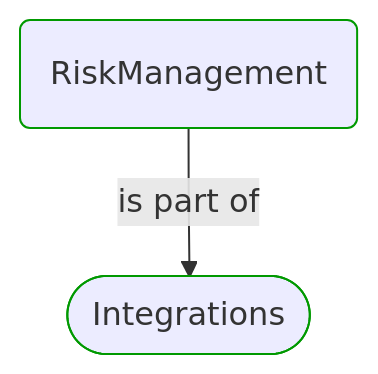
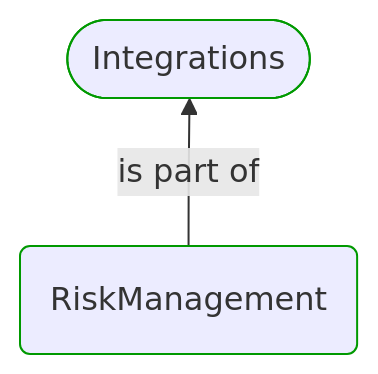
Before and after one commit to itlibrium/DDD-starter-dotnet: the first of 4 diagrams in Docs/P3/MermaidOutput/Modules/Sales/Integrations/RiskManagement/RiskManagement.md, drawn with Mermaid. The commit also changed other lines of this file and 174 other files, not shown here.

````diff
--- a/Docs/P3/MermaidOutput/Modules/Sales/Integrations/RiskManagement/RiskManagement.md
+++ b/Docs/P3/MermaidOutput/Modules/Sales/Integrations/RiskManagement/RiskManagement.md
@@ -20,11 +20,14 @@
 ```mermaid
   flowchart TB
-    0(RiskManagement)
+    0([Integrations])
     class 0 DomainPerspective
-    1([Integrations])
+    1(RiskManagement)
     class 1 DomainPerspective
-    0-->|is part of|1
+    0---1
+    1-->|is part of|0
+    1---0
+    linkStyle 0,2 stroke:none
     classDef DomainPerspective stroke:#009900
     classDef TechnologyPerspective stroke:#1F41EB
     classDef PeoplePerspective stroke:#FFF014
 ```
````
